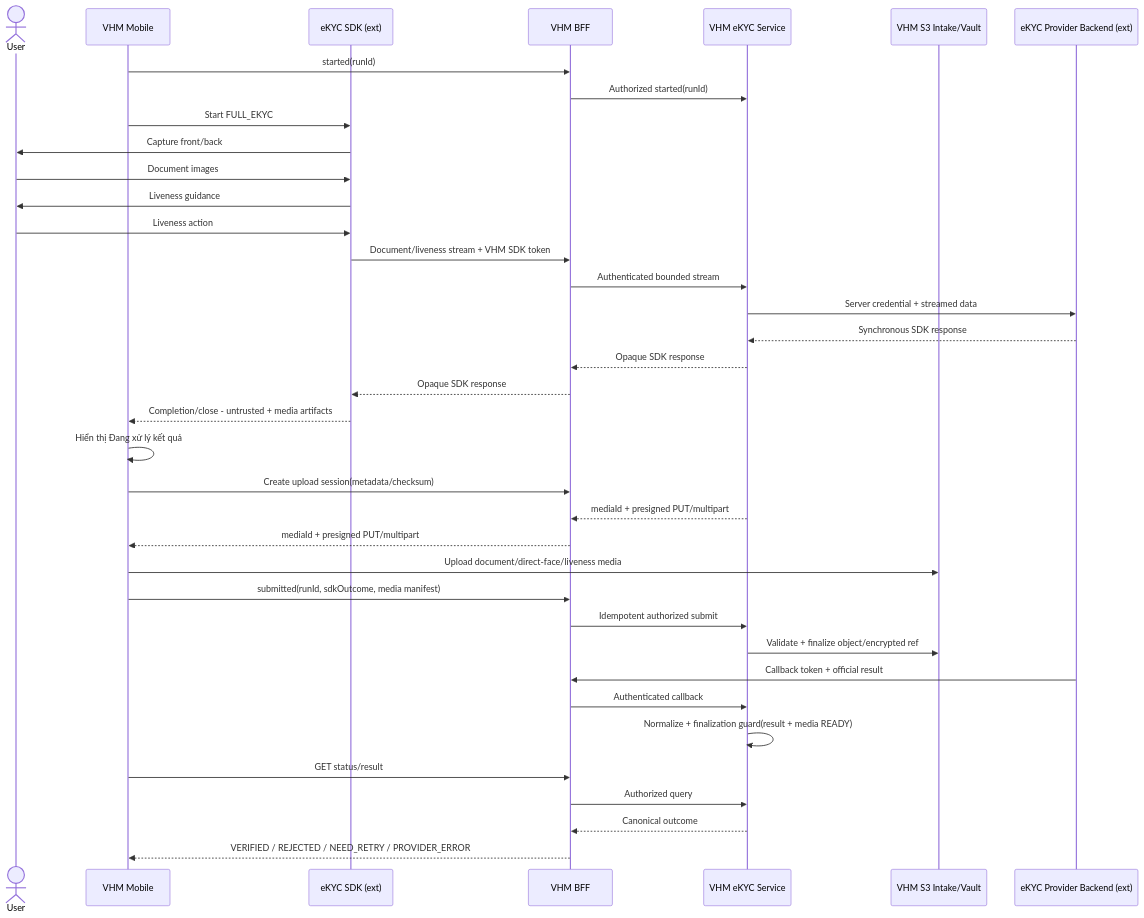
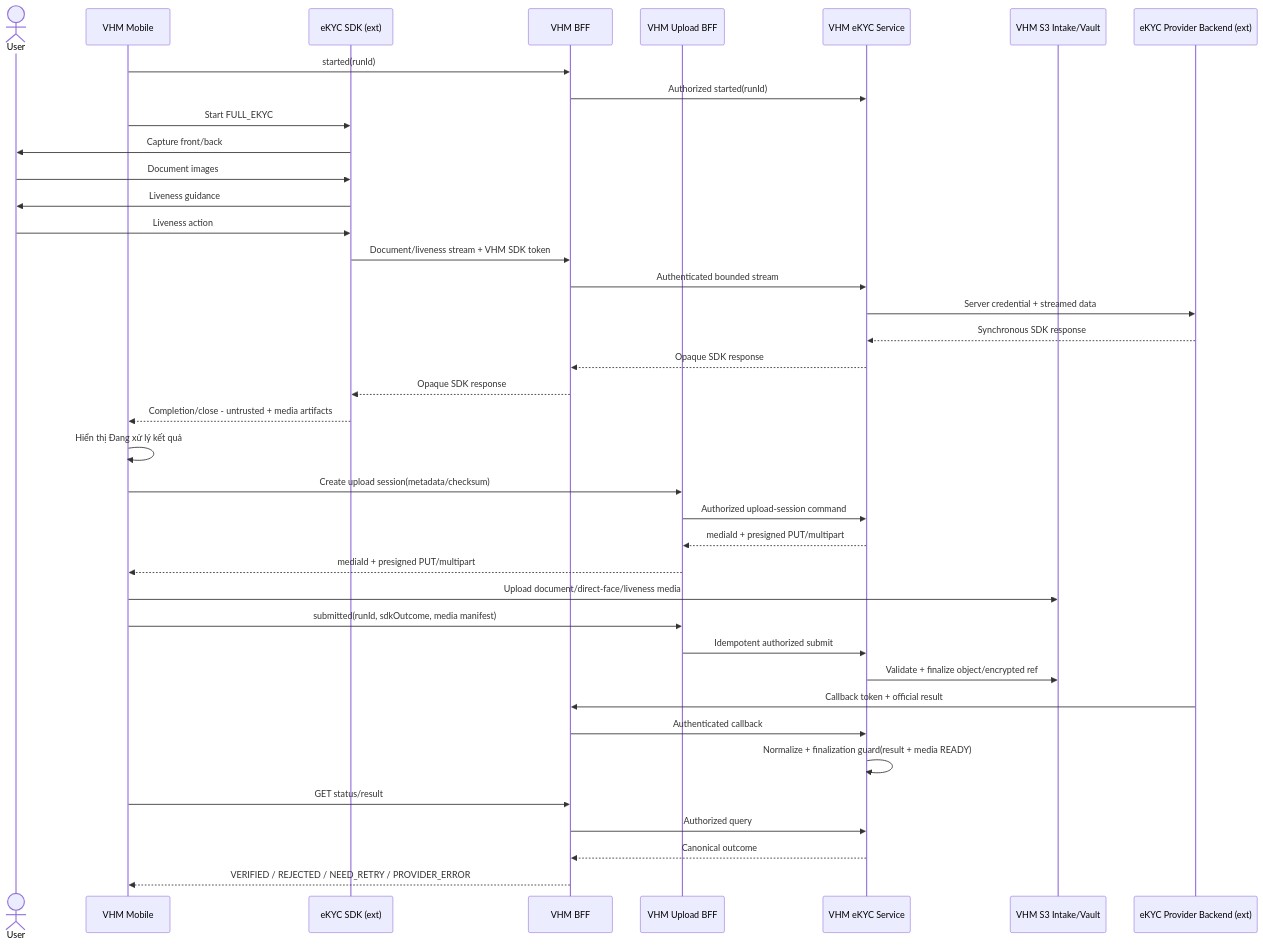
Diagram 13 of 19 in tdd2.md (huynv-xyz/vhm), drawn with Mermaid before and after one commit. The commit also changed other lines of this file, not shown here.

````diff
--- a/tdd2.md
+++ b/tdd2.md
@@ -1290,39 +1323,41 @@
 ```mermaid
 sequenceDiagram
     actor User
     participant APP as VHM Mobile
     participant SDK as eKYC SDK (ext)
     participant BFF as VHM BFF
+    participant UPLOAD_BFF as VHM Upload BFF
     participant EKYC_SERVICE as VHM eKYC Service
     participant S3 as VHM S3 Intake/Vault
     participant BACKEND as eKYC Provider Backend (ext)
     APP->>BFF: started(runId)
     BFF->>EKYC_SERVICE: Authorized started(runId)
     APP->>SDK: Start FULL_EKYC
     SDK->>User: Capture front/back
     User->>SDK: Document images
     SDK->>User: Liveness guidance
     User->>SDK: Liveness action
     SDK->>BFF: Document/liveness stream + VHM SDK token
     BFF->>EKYC_SERVICE: Authenticated bounded stream
     EKYC_SERVICE->>BACKEND: Server credential + streamed data
     BACKEND-->>EKYC_SERVICE: Synchronous SDK response
     EKYC_SERVICE-->>BFF: Opaque SDK response
     BFF-->>SDK: Opaque SDK response
     SDK-->>APP: Completion/close - untrusted + media artifacts
     APP->>APP: Hiển thị Đang xử lý kết quả
-    APP->>BFF: Create upload session(metadata/checksum)
-    EKYC_SERVICE-->>BFF: mediaId + presigned PUT/multipart
-    BFF-->>APP: mediaId + presigned PUT/multipart
+    APP->>UPLOAD_BFF: Create upload session(metadata/checksum)
+    UPLOAD_BFF->>EKYC_SERVICE: Authorized upload-session command
+    EKYC_SERVICE-->>UPLOAD_BFF: mediaId + presigned PUT/multipart
+    UPLOAD_BFF-->>APP: mediaId + presigned PUT/multipart
     APP->>S3: Upload document/direct-face/liveness media
-    APP->>BFF: submitted(runId, sdkOutcome, media manifest)
-    BFF->>EKYC_SERVICE: Idempotent authorized submit
+    APP->>UPLOAD_BFF: submitted(runId, sdkOutcome, media manifest)
+    UPLOAD_BFF->>EKYC_SERVICE: Idempotent authorized submit
     EKYC_SERVICE->>S3: Validate + finalize object/encrypted ref
     BACKEND->>BFF: Callback token + official result
     BFF->>EKYC_SERVICE: Authenticated callback
     EKYC_SERVICE->>EKYC_SERVICE: Normalize + finalization guard(result + media READY)
     APP->>BFF: GET status/result
     BFF->>EKYC_SERVICE: Authorized query
     EKYC_SERVICE-->>BFF: Canonical outcome
     BFF-->>APP: VERIFIED / REJECTED / NEED_RETRY / PROVIDER_ERROR
 ```
````
